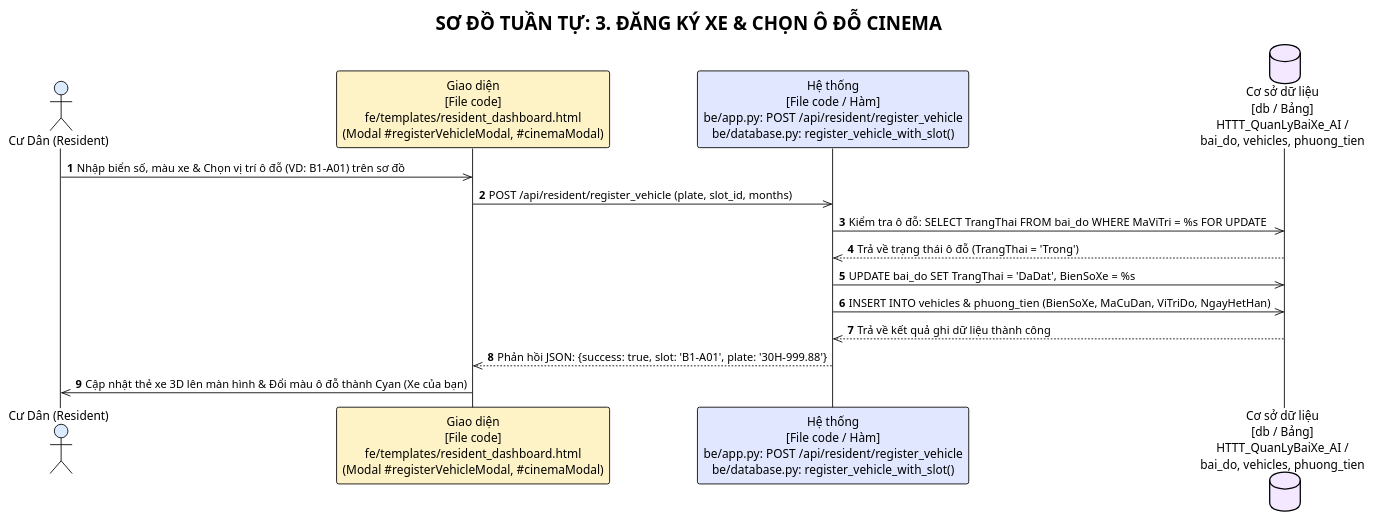
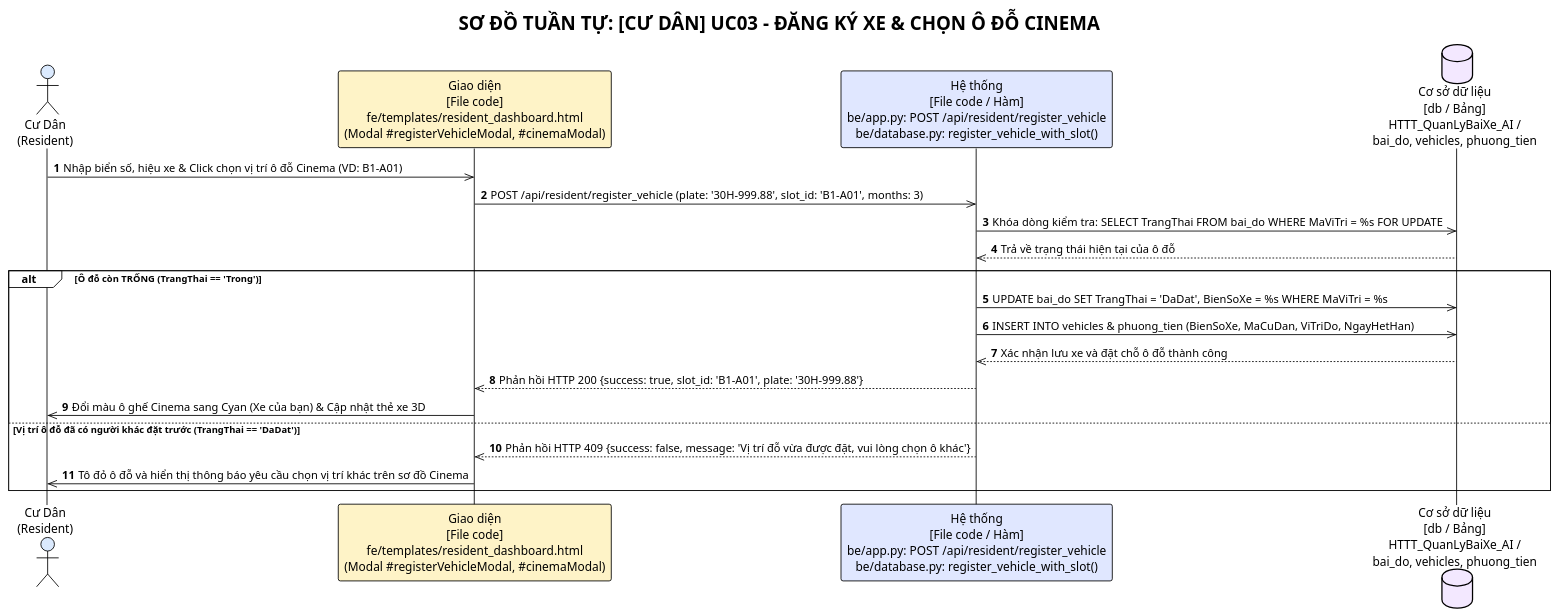
Before and after one commit to Truong027/CNPM24: the third of 13 diagrams in ongthanquoctruong_24CT2_cnpm/docs/SEQUENCE_DIAGRAMS.puml, drawn with PlantUML. The commit also changed other lines of this file and 26 other files, not shown here.

Commit message:
docs: update sequence diagrams with actor stick figures, alt frames, and grouped by actor

```diff
--- a/ongthanquoctruong_24CT2_cnpm/docs/SEQUENCE_DIAGRAMS.puml
+++ b/ongthanquoctruong_24CT2_cnpm/docs/SEQUENCE_DIAGRAMS.puml
@@ -48,21 +67,27 @@
-@startuml uc03_register_vehicle_cinema
+@startuml uc03_resident_register_vehicle
 !theme plain
-title SƠ ĐỒ TUẦN TỰ: 3. ĐĂNG KÝ XE & CHỌN Ô ĐỖ CINEMA
+title SƠ ĐỒ TUẦN TỰ: [CƯ DÂN] UC03 - ĐĂNG KÝ XE & CHỌN Ô ĐỖ CINEMA
 autonumber
 
-actor "Cư Dân (Resident)" as Actor #DBEAFE
+actor "Cư Dân\n(Resident)" as Actor #DBEAFE
 participant "Giao diện\n[File code]\nfe/templates/resident_dashboard.html\n(Modal #registerVehicleModal, #cinemaModal)" as UI #FEF3C7
 participant "Hệ thống\n[File code / Hàm]\nbe/app.py: POST /api/resident/register_vehicle\nbe/database.py: register_vehicle_with_slot()" as Sys #E0E7FF
 database "Cơ sở dữ liệu\n[db / Bảng]\nHTTT_QuanLyBaiXe_AI /\nbai_do, vehicles, phuong_tien" as DB #F3E8FF
 
-Actor ->> UI: Nhập biển số, màu xe & Chọn vị trí ô đỗ (VD: B1-A01) trên sơ đồ
-UI ->> Sys: POST /api/resident/register_vehicle (plate, slot_id, months)
-Sys ->> DB: Kiểm tra ô đỗ: SELECT TrangThai FROM bai_do WHERE MaViTri = %s FOR UPDATE
-DB -->> Sys: Trả về trạng thái ô đỗ (TrangThai = 'Trong')
-Sys ->> DB: UPDATE bai_do SET TrangThai = 'DaDat', BienSoXe = %s
-Sys ->> DB: INSERT INTO vehicles & phuong_tien (BienSoXe, MaCuDan, ViTriDo, NgayHetHan)
-DB -->> Sys: Trả về kết quả ghi dữ liệu thành công
-Sys -->> UI: Phản hồi JSON: {success: true, slot: 'B1-A01', plate: '30H-999.88'}
-UI ->> Actor: Cập nhật thẻ xe 3D lên màn hình & Đổi màu ô đỗ thành Cyan (Xe của bạn)
+Actor ->> UI: Nhập biển số, hiệu xe & Click chọn vị trí ô đỗ Cinema (VD: B1-A01)
+UI ->> Sys: POST /api/resident/register_vehicle (plate: '30H-999.88', slot_id: 'B1-A01', months: 3)
+Sys ->> DB: Khóa dòng kiểm tra: SELECT TrangThai FROM bai_do WHERE MaViTri = %s FOR UPDATE
+DB -->> Sys: Trả về trạng thái hiện tại của ô đỗ
+
+alt Ô đỗ còn TRỐNG (TrangThai == 'Trong')
+    Sys ->> DB: UPDATE bai_do SET TrangThai = 'DaDat', BienSoXe = %s WHERE MaViTri = %s
+    Sys ->> DB: INSERT INTO vehicles & phuong_tien (BienSoXe, MaCuDan, ViTriDo, NgayHetHan)
+    DB -->> Sys: Xác nhận lưu xe và đặt chỗ ô đỗ thành công
+    Sys -->> UI: Phản hồi HTTP 200 {success: true, slot_id: 'B1-A01', plate: '30H-999.88'}
+    UI ->> Actor: Đổi màu ô ghế Cinema sang Cyan (Xe của bạn) & Cập nhật thẻ xe 3D
+else Vị trí ô đỗ đã có người khác đặt trước (TrangThai == 'DaDat')
+    Sys -->> UI: Phản hồi HTTP 409 {success: false, message: 'Vị trí đỗ vừa được đặt, vui lòng chọn ô khác'}
+    UI ->> Actor: Tô đỏ ô đỗ và hiển thị thông báo yêu cầu chọn vị trí khác trên sơ đồ Cinema
+end
 
 @enduml
```
